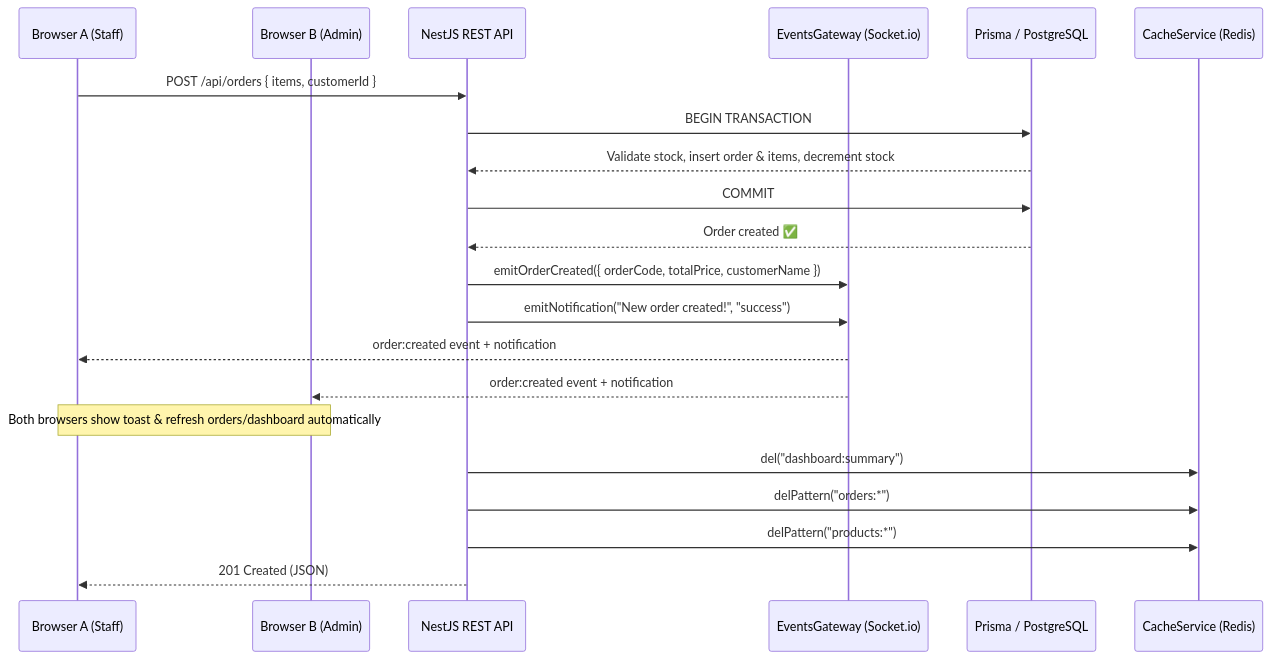
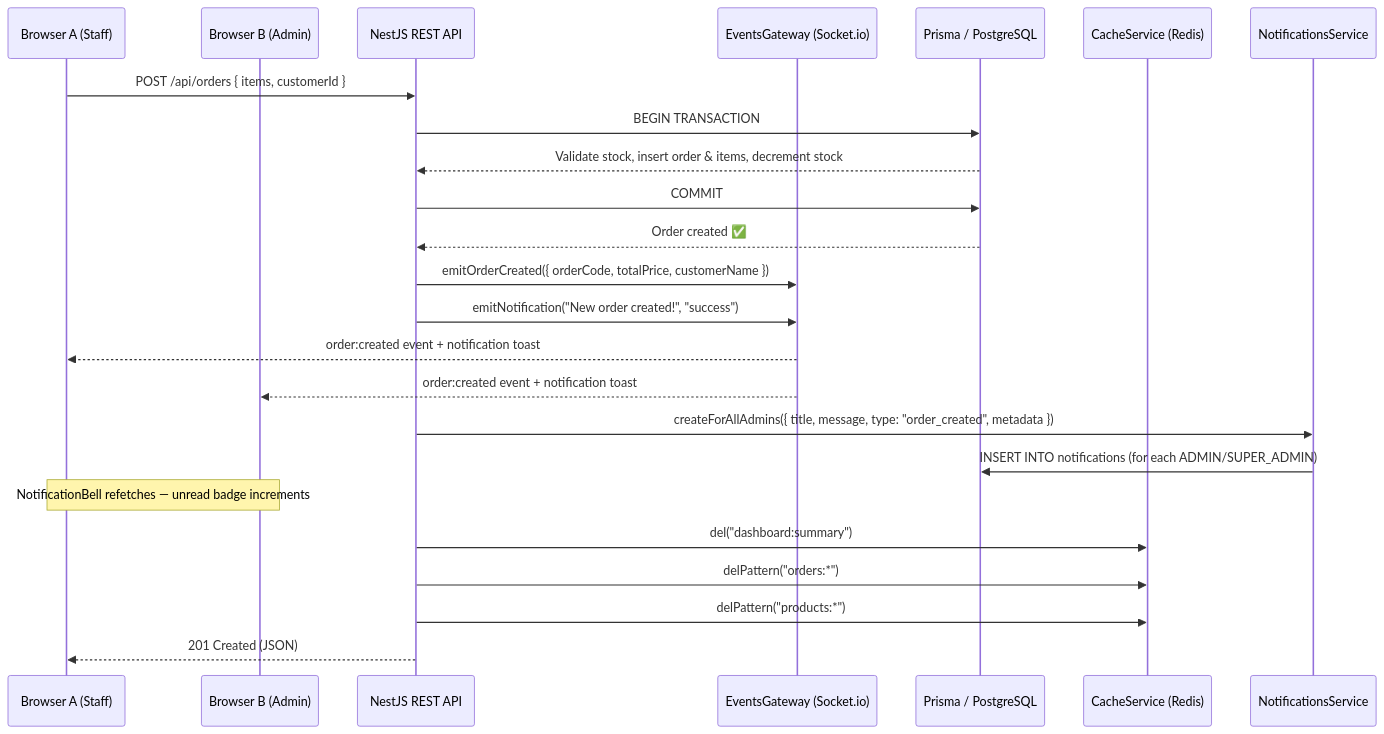
The second of 6 diagrams in README.md (DatPHP/crm-system-2026), drawn with Mermaid before and after one commit. The commit also changed other lines of this file, not shown here.

````diff
--- a/README.md
+++ b/README.md
@@ -256,28 +325,31 @@
 ```mermaid
 sequenceDiagram
     participant ClientA as Browser A (Staff)
     participant ClientB as Browser B (Admin)
     participant API as NestJS REST API
     participant GW as EventsGateway (Socket.io)
     participant DB as Prisma / PostgreSQL
     participant Cache as CacheService (Redis)
+    participant Notif as NotificationsService
 
     ClientA->>API: POST /api/orders { items, customerId }
     API->>DB: BEGIN TRANSACTION
     DB-->>API: Validate stock, insert order & items, decrement stock
     API->>DB: COMMIT
     DB-->>API: Order created ✅
 
     API->>GW: emitOrderCreated({ orderCode, totalPrice, customerName })
     API->>GW: emitNotification("New order created!", "success")
-    GW-->>ClientA: order:created event + notification
-    GW-->>ClientB: order:created event + notification
+    GW-->>ClientA: order:created event + notification toast
+    GW-->>ClientB: order:created event + notification toast
 
-    Note over ClientA,ClientB: Both browsers show toast & refresh orders/dashboard automatically
+    API->>Notif: createForAllAdmins({ title, message, type: "order_created", metadata })
+    Notif->>DB: INSERT INTO notifications (for each ADMIN/SUPER_ADMIN)
+    Note over ClientA,ClientB: NotificationBell refetches — unread badge increments
 
     API->>Cache: del("dashboard:summary")
     API->>Cache: delPattern("orders:*")
     API->>Cache: delPattern("products:*")
 
     API-->>ClientA: 201 Created (JSON)
 ```
````
